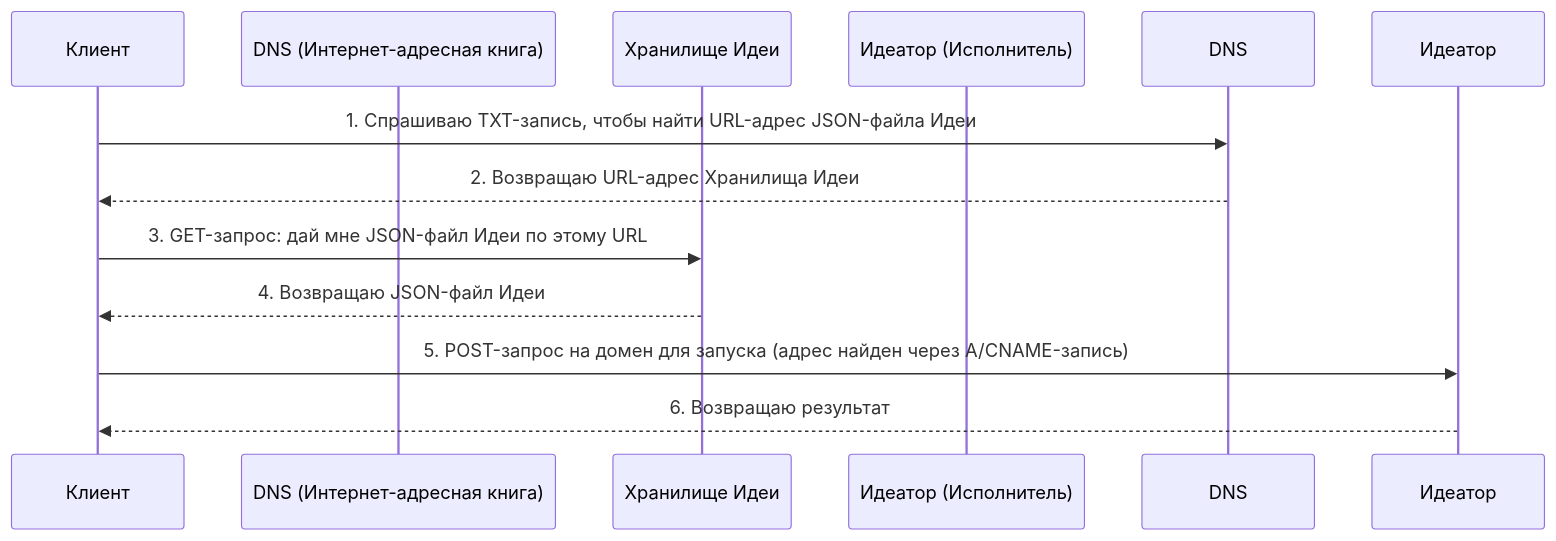
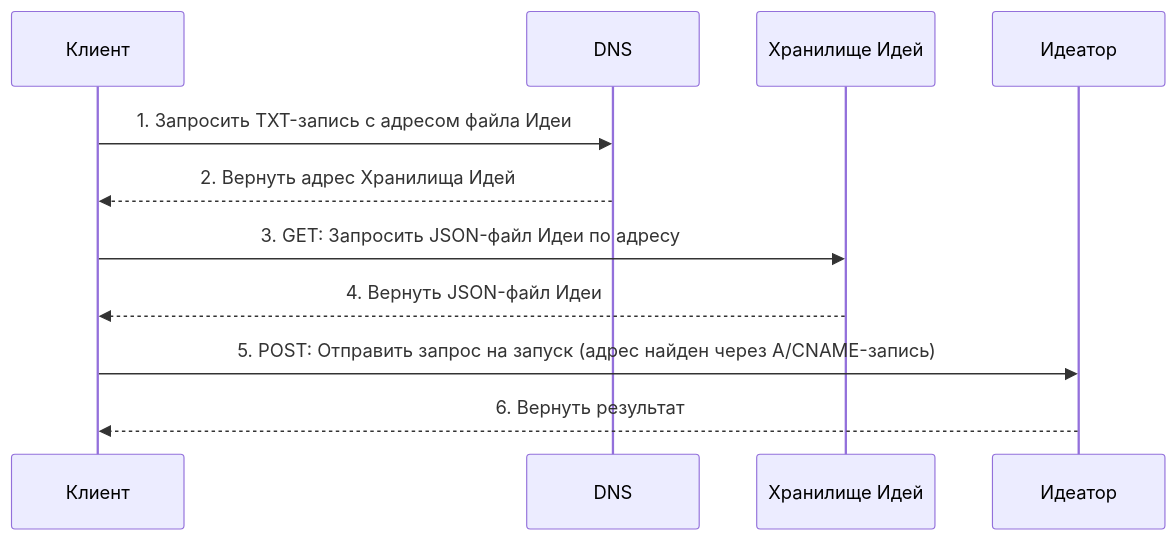
Before and after one commit to idealic-ai/docs: the diagram in translations/simple-ru/acts/102_concept_sovereignty.md, drawn with Mermaid. The commit also changed other lines of this file and 279 other files, not shown here.

````diff
--- a/translations/simple-ru/acts/102_concept_sovereignty.md
+++ b/translations/simple-ru/acts/102_concept_sovereignty.md
@@ -26,16 +30,16 @@
 ```mermaid
 sequenceDiagram
     participant Клиент
-    participant DNS (Интернет-адресная книга)
-    participant Хранилище Идеи
-    participant Идеатор (Исполнитель)
+    participant DNS
+    participant Хранилище Идей
+    participant Идеатор
 
-    Клиент->>DNS: 1. Спрашиваю TXT-запись, чтобы найти URL-адрес JSON-файла Идеи
-    DNS-->>Клиент: 2. Возвращаю URL-адрес Хранилища Идеи
+    Клиент->>DNS: 1. Запросить TXT-запись с адресом файла Идеи
+    DNS-->>Клиент: 2. Вернуть адрес Хранилища Идей
 
-    Клиент->>Хранилище Идеи: 3. GET-запрос: дай мне JSON-файл Идеи по этому URL
-    Хранилище Идеи-->>Клиент: 4. Возвращаю JSON-файл Идеи
+    Клиент->>Хранилище Идей: 3. GET: Запросить JSON-файл Идеи по адресу
+    Хранилище Идей-->>Клиент: 4. Вернуть JSON-файл Идеи
 
-    Клиент->>Идеатор: 5. POST-запрос на домен для запуска (адрес найден через A/CNAME-запись)
-    Идеатор-->>Клиент: 6. Возвращаю результат
+    Клиент->>Идеатор: 5. POST: Отправить запрос на запуск (адрес найден через A/CNAME-запись)
+    Идеатор-->>Клиент: 6. Вернуть результат
 ```
````
